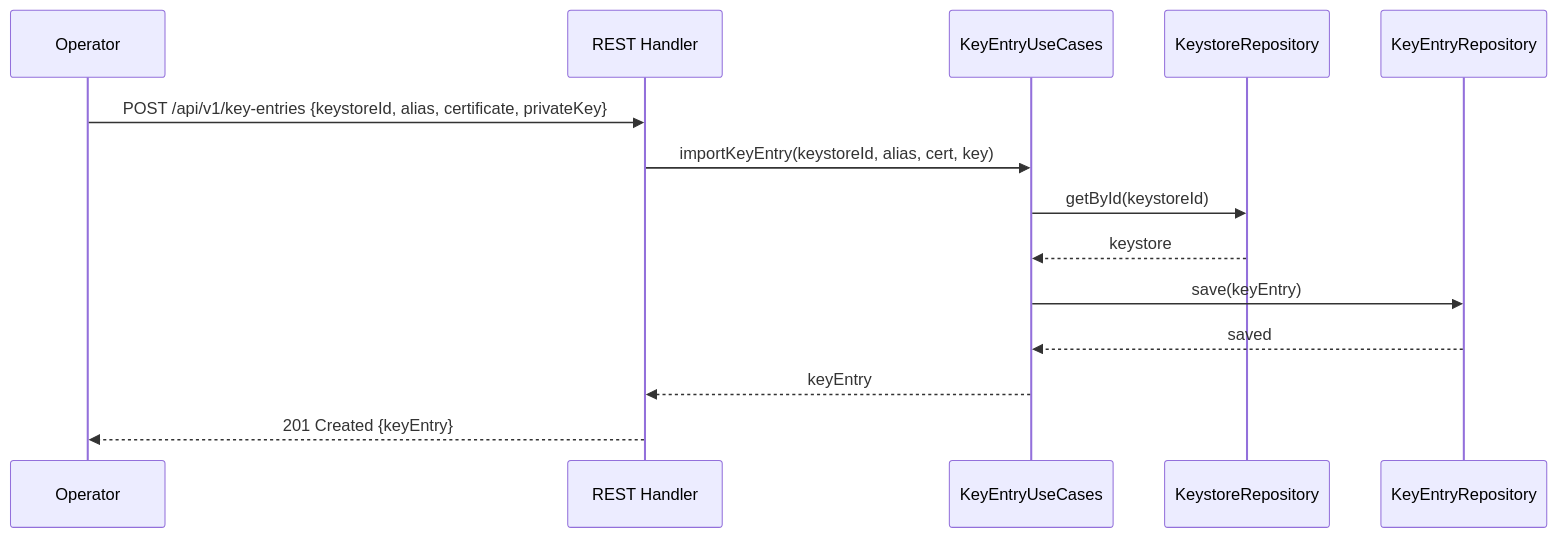
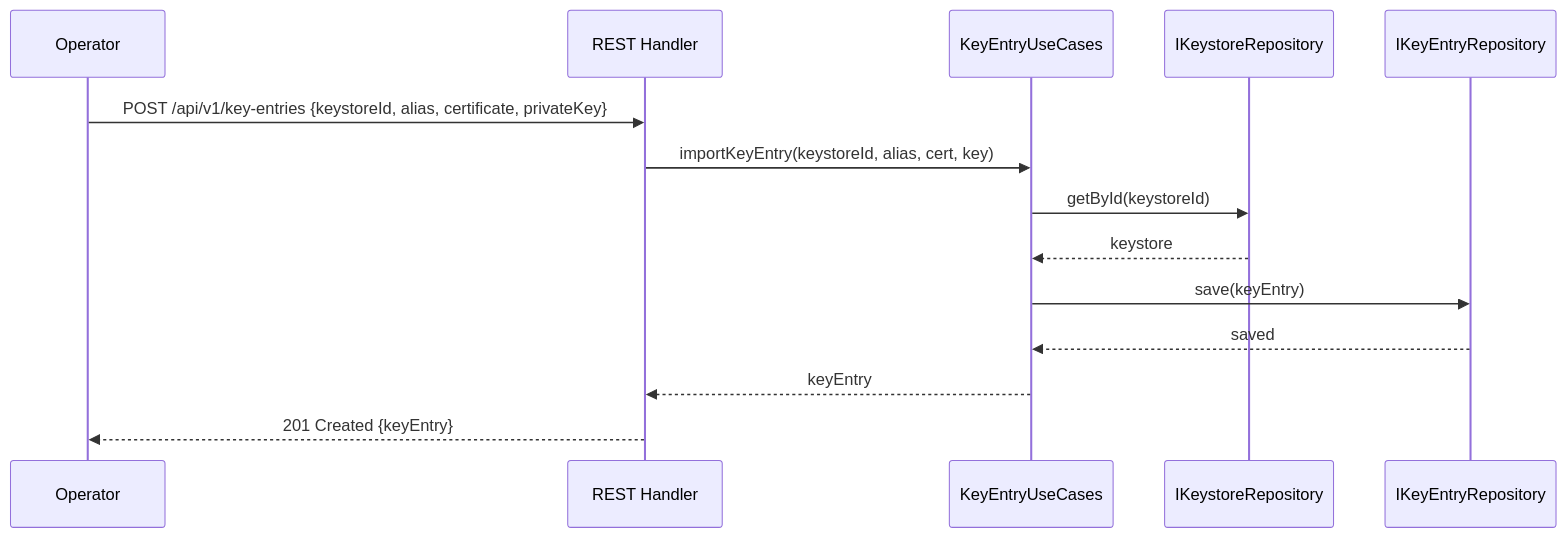
The third of 3 diagrams in keystore/UML.md (UIMSolutions/uim-platform), drawn with Mermaid before and after one commit. The commit also changed 36 other files, not shown here.

````diff
--- a/keystore/UML.md
+++ b/keystore/UML.md
@@ -64,17 +64,17 @@
 ```mermaid
 sequenceDiagram
     participant O as Operator
     participant R as REST Handler
     participant UC as KeyEntryUseCases
-    participant KSR as KeystoreRepository
-    participant KER as KeyEntryRepository
+    participant KSR as IKeystoreRepository
+    participant KER as IKeyEntryRepository
 
     O->>R: POST /api/v1/key-entries {keystoreId, alias, certificate, privateKey}
     R->>UC: importKeyEntry(keystoreId, alias, cert, key)
     UC->>KSR: getById(keystoreId)
     KSR-->>UC: keystore
     UC->>KER: save(keyEntry)
     KER-->>UC: saved
     UC-->>R: keyEntry
     R-->>O: 201 Created {keyEntry}
 ```
````
